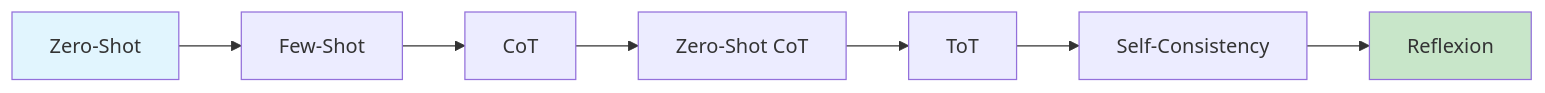
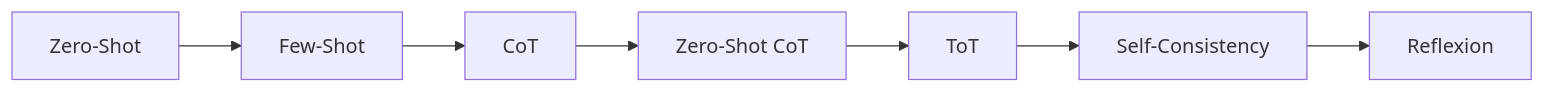
The eighth of 8 diagrams in 03-reasoning-zh.md (yuexiaoliang/prompt-engineering-learning), drawn with Mermaid before and after one commit. The commit also changed other lines of this file, not shown here.

Commit message:
fix: remove hardcoded fill colors from Mermaid charts for light/dark theme auto-adaptation

````diff
--- a/03-reasoning-zh.md
+++ b/03-reasoning-zh.md
@@ -860,12 +834,10 @@
 ```mermaid
 flowchart LR
     A[Zero-Shot] --> B[Few-Shot]
     B --> C[CoT]
     C --> D[Zero-Shot CoT]
     D --> E[ToT]
     E --> F[Self-Consistency]
     F --> G[Reflexion]
 
-    style A fill:#e1f5fe
-    style G fill:#c8e6c9
 ```
````
